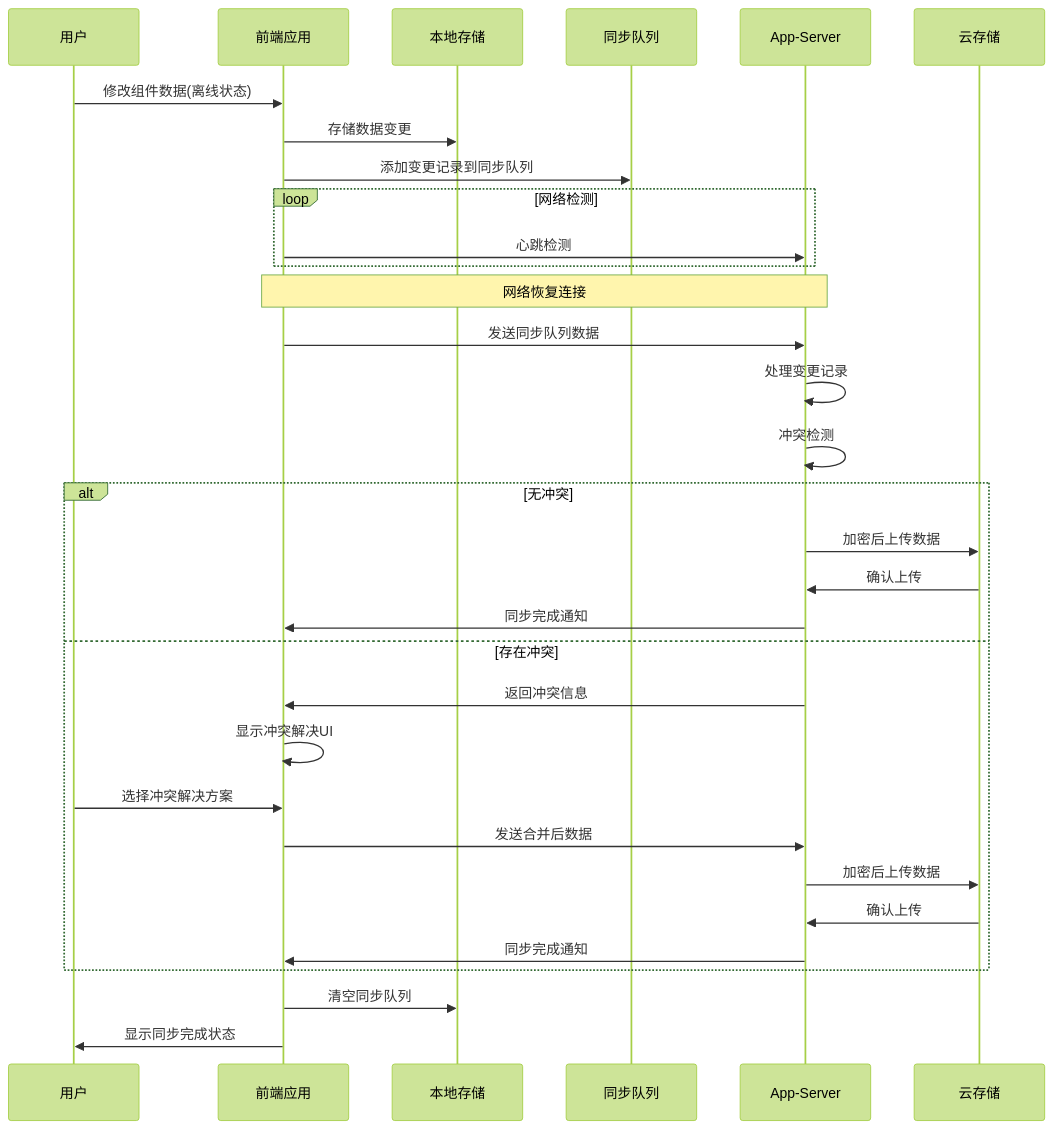
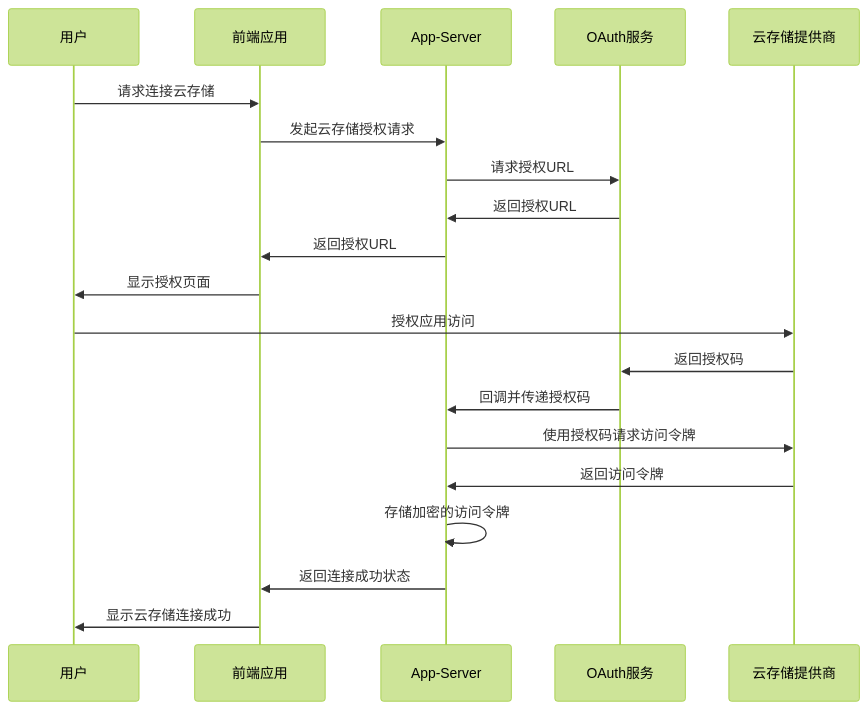
Before and after one commit to yingjianzh/iodraw-files: the diagram in all/未命名-34.md, drawn with Mermaid (forest theme).

Commit message:
2025-04-17 10:18:13 update

````diff
--- a/all/未命名-34.md
+++ b/all/未命名-34.md
@@ -1,40 +1,23 @@
 ```mermaid
 sequenceDiagram
     participant User as 用户
     participant Frontend as 前端应用
-    participant LocalDB as 本地存储
-    participant SyncQueue as 同步队列
     participant AppServer as App-Server
-    participant CloudStorage as 云存储
+    participant OAuth as OAuth服务
+    participant CloudProvider as 云存储提供商
     
-    User->>Frontend: 修改组件数据(离线状态)
-    Frontend->>LocalDB: 存储数据变更
-    Frontend->>SyncQueue: 添加变更记录到同步队列
-    
-    loop 网络检测
-        Frontend->>AppServer: 心跳检测
-    end
-    
-    note over Frontend,AppServer: 网络恢复连接
-    
-    Frontend->>AppServer: 发送同步队列数据
-    AppServer->>AppServer: 处理变更记录
-    AppServer->>AppServer: 冲突检测
-    
-    alt 无冲突
-        AppServer->>CloudStorage: 加密后上传数据
-        CloudStorage->>AppServer: 确认上传
-        AppServer->>Frontend: 同步完成通知
-    else 存在冲突
-        AppServer->>Frontend: 返回冲突信息
-        Frontend->>Frontend: 显示冲突解决UI
-        User->>Frontend: 选择冲突解决方案
-        Frontend->>AppServer: 发送合并后数据
-        AppServer->>CloudStorage: 加密后上传数据
-        CloudStorage->>AppServer: 确认上传
-        AppServer->>Frontend: 同步完成通知
-    end
-    
-    Frontend->>LocalDB: 清空同步队列
-    Frontend->>User: 显示同步完成状态
+    User->>Frontend: 请求连接云存储
+    Frontend->>AppServer: 发起云存储授权请求
+    AppServer->>OAuth: 请求授权URL
+    OAuth->>AppServer: 返回授权URL
+    AppServer->>Frontend: 返回授权URL
+    Frontend->>User: 显示授权页面
+    User->>CloudProvider: 授权应用访问
+    CloudProvider->>OAuth: 返回授权码
+    OAuth->>AppServer: 回调并传递授权码
+    AppServer->>CloudProvider: 使用授权码请求访问令牌
+    CloudProvider->>AppServer: 返回访问令牌
+    AppServer->>AppServer: 存储加密的访问令牌
+    AppServer->>Frontend: 返回连接成功状态
+    Frontend->>User: 显示云存储连接成功
 ```
````
